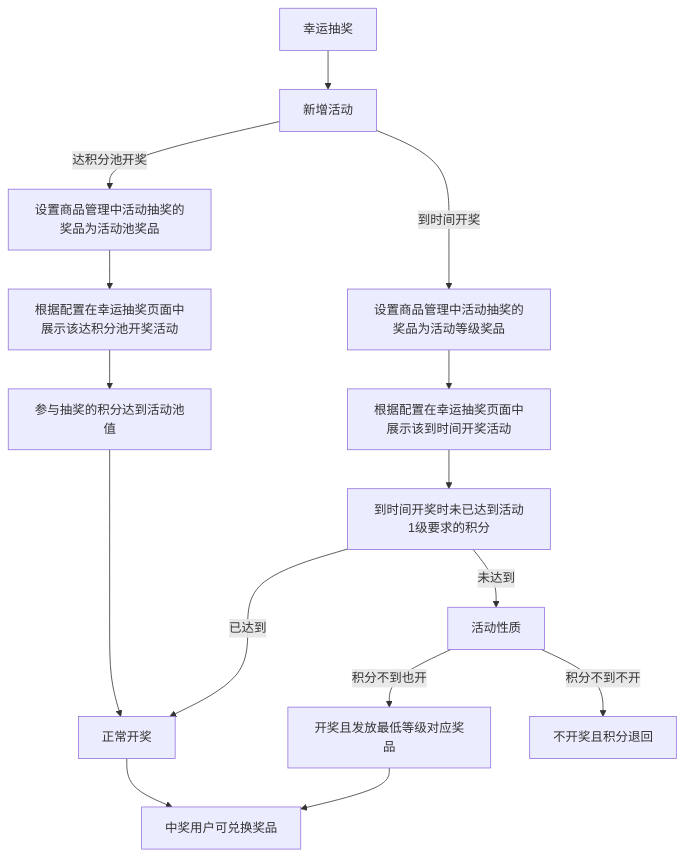
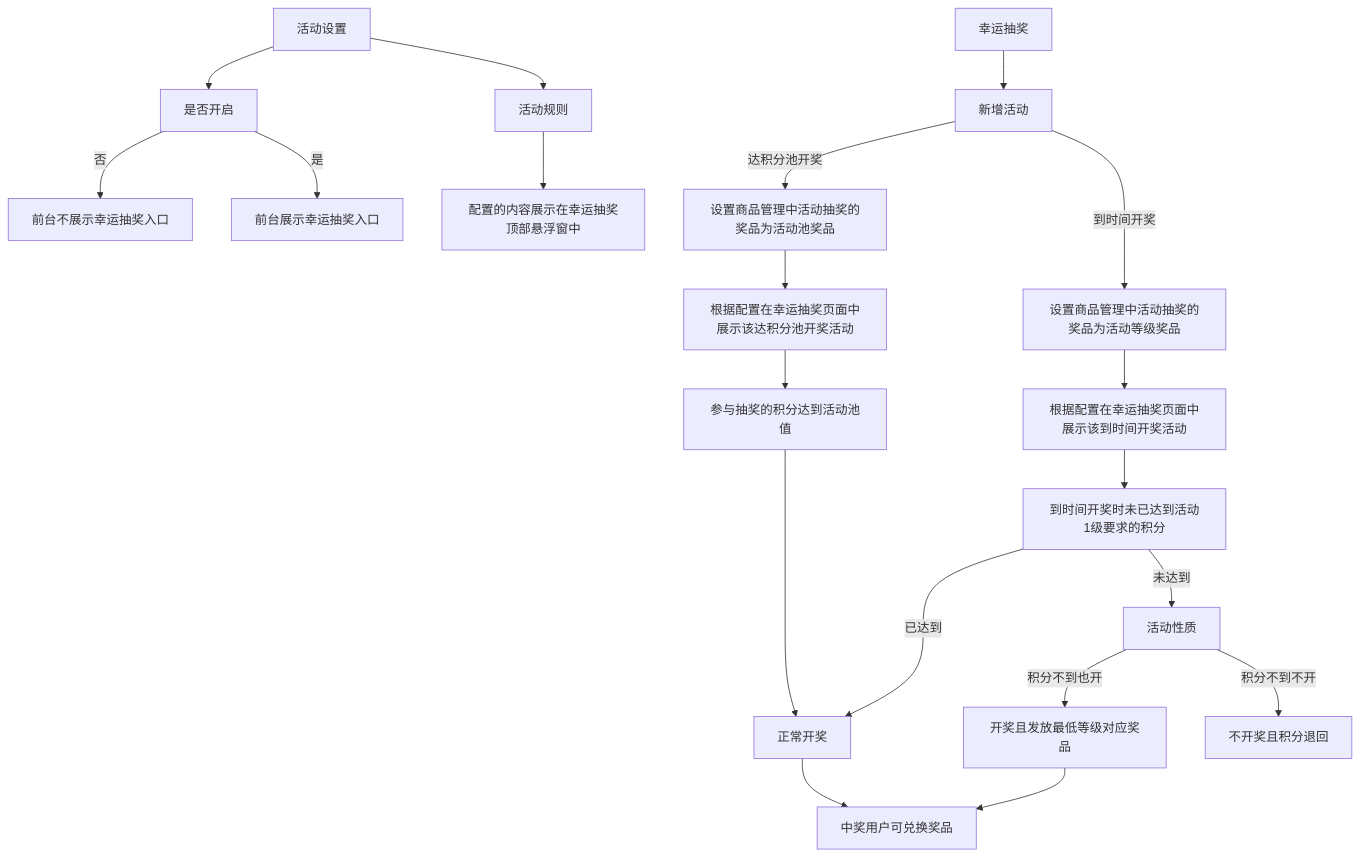
One commit to jujubefoxx/markdown-document changed the sixth of 11 diagrams in 泰啤兑换商城.md. Above: the diagram before and after it, drawn with Mermaid. The commit also changed other lines of this file, not shown here.

````diff
--- a/泰啤兑换商城.md
+++ b/泰啤兑换商城.md
@@ -367,11 +358,15 @@
 ```mermaid
 flowchart 
+活动设置 --> 是否开启
+是否开启 --否--> 前台不展示幸运抽奖入口
+是否开启 --是--> 前台展示幸运抽奖入口
+活动设置 --> 活动规则 --> 配置的内容展示在幸运抽奖顶部悬浮窗中
 幸运抽奖 --> 新增活动
 新增活动 --到时间开奖--> 设置商品管理中活动抽奖的奖品为活动等级奖品 -->根据配置在幸运抽奖页面中展示该到时间开奖活动 --> 到时间开奖时未已达到活动1级要求的积分
 到时间开奖时未已达到活动1级要求的积分 --已达到--> 正常开奖
 到时间开奖时未已达到活动1级要求的积分 --未达到-->  活动性质 
 活动性质--积分不到也开-->开奖且发放最低等级对应奖品 --> 中奖用户可兑换奖品
 活动性质--积分不到不开-->不开奖且积分退回
 新增活动 --达积分池开奖-->设置商品管理中活动抽奖的奖品为活动池奖品 --> 根据配置在幸运抽奖页面中展示该达积分池开奖活动 --> 参与抽奖的积分达到活动池值 ----> 正常开奖
 正常开奖 --> 中奖用户可兑换奖品
 ```
````
